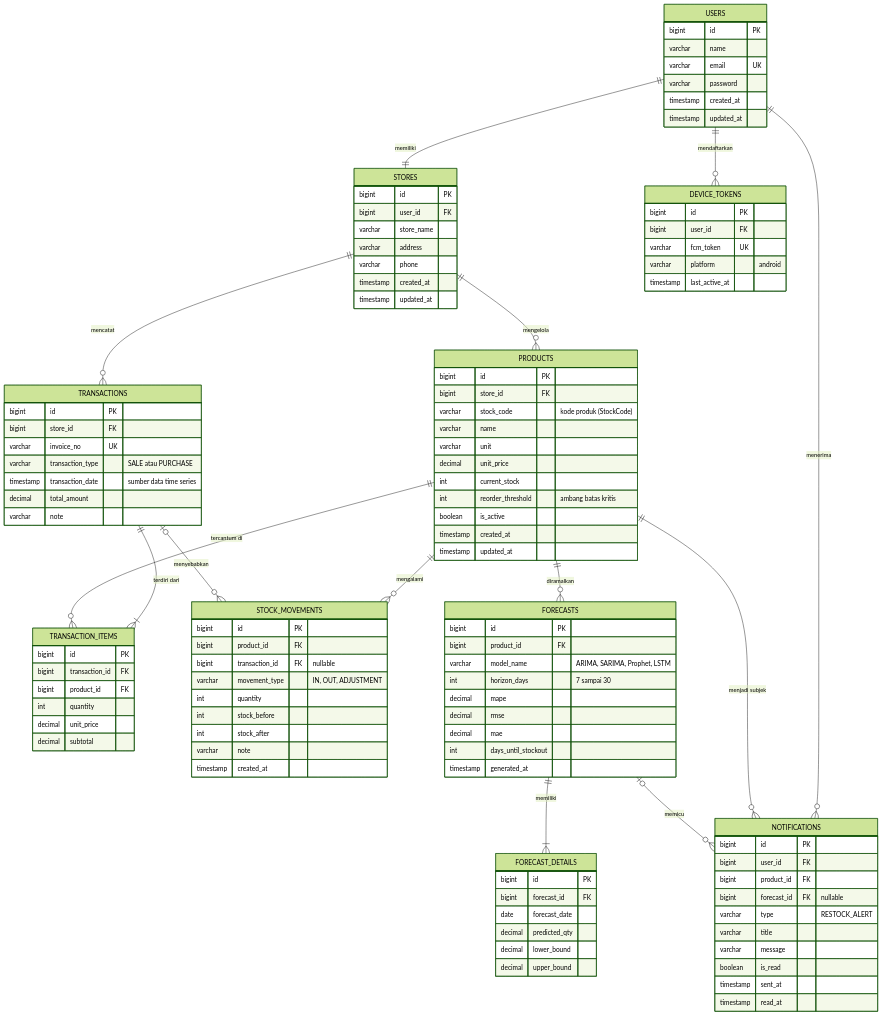
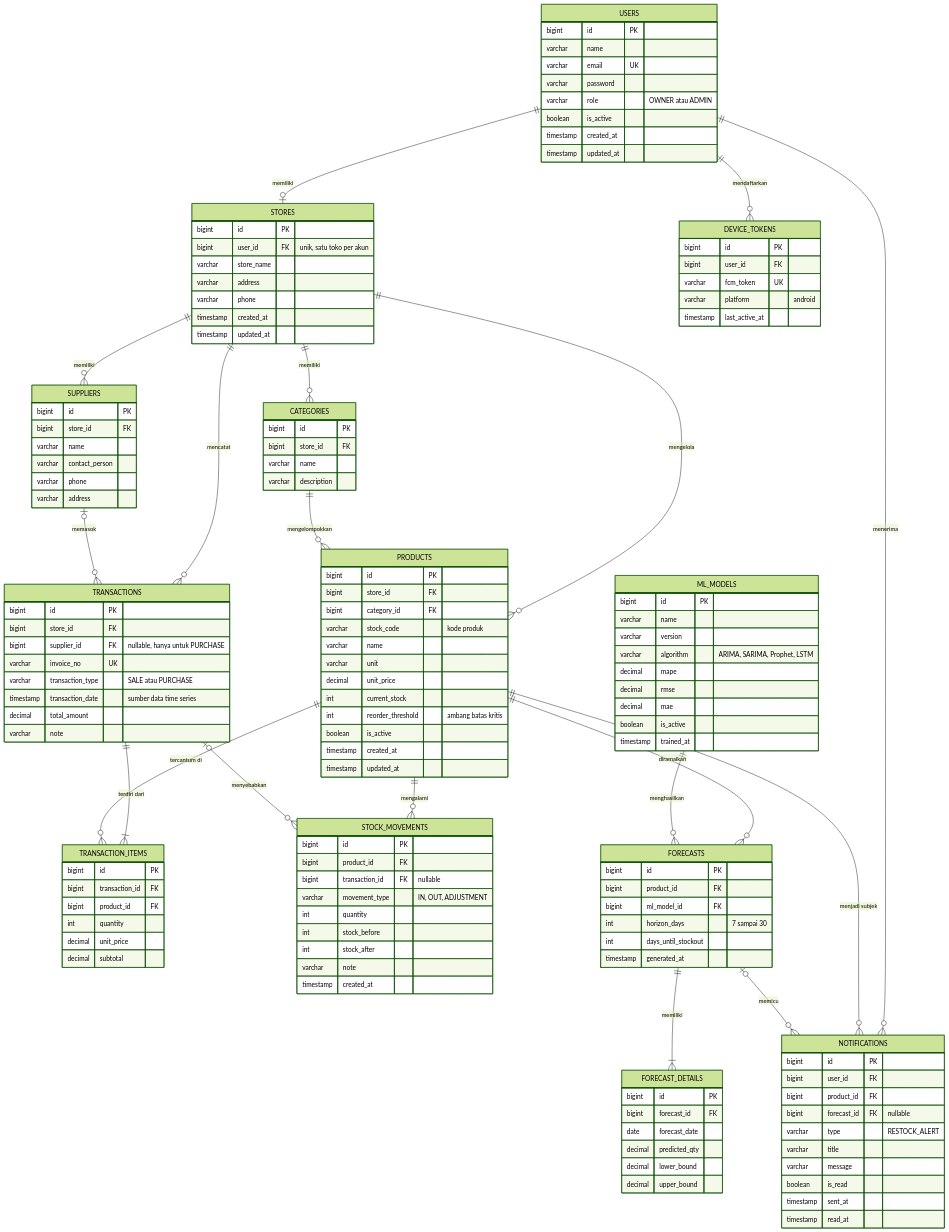
One commit to Olyvian/UMKM_SIGHT changed the second of 14 diagrams in README.md. Above: the diagram before and after it, drawn with Mermaid (forest theme). The commit also changed other lines of this file, not shown here.

````diff
--- a/README.md
+++ b/README.md
@@ -104,15 +180,20 @@
 ```mermaid
 erDiagram
-    USERS ||--|| STORES : "memiliki"
+    USERS ||--o| STORES : "memiliki"
     USERS ||--o{ DEVICE_TOKENS : "mendaftarkan"
     USERS ||--o{ NOTIFICATIONS : "menerima"
+    STORES ||--o{ CATEGORIES : "memiliki"
+    STORES ||--o{ SUPPLIERS : "memiliki"
     STORES ||--o{ PRODUCTS : "mengelola"
     STORES ||--o{ TRANSACTIONS : "mencatat"
+    CATEGORIES ||--o{ PRODUCTS : "mengelompokkan"
+    SUPPLIERS |o--o{ TRANSACTIONS : "memasok"
     TRANSACTIONS ||--|{ TRANSACTION_ITEMS : "terdiri dari"
     PRODUCTS ||--o{ TRANSACTION_ITEMS : "tercantum di"
     PRODUCTS ||--o{ STOCK_MOVEMENTS : "mengalami"
     TRANSACTIONS |o--o{ STOCK_MOVEMENTS : "menyebabkan"
     PRODUCTS ||--o{ FORECASTS : "diramalkan"
+    ML_MODELS ||--o{ FORECASTS : "menghasilkan"
     FORECASTS ||--|{ FORECAST_DETAILS : "memiliki"
     PRODUCTS ||--o{ NOTIFICATIONS : "menjadi subjek"
     FORECASTS |o--o{ NOTIFICATIONS : "memicu"
@@ -122,13 +203,15 @@
         varchar name
         varchar email UK
         varchar password
+        varchar role "OWNER atau ADMIN"
+        boolean is_active
         timestamp created_at
         timestamp updated_at
     }
 
     STORES {
         bigint id PK
-        bigint user_id FK
+        bigint user_id FK "unik, satu toko per akun"
         varchar store_name
         varchar address
         varchar phone
@@ -144,10 +227,27 @@
         timestamp last_active_at
     }
 
+    CATEGORIES {
+        bigint id PK
+        bigint store_id FK
+        varchar name
+        varchar description
+    }
+
+    SUPPLIERS {
+        bigint id PK
+        bigint store_id FK
+        varchar name
+        varchar contact_person
+        varchar phone
+        varchar address
+    }
+
     PRODUCTS {
         bigint id PK
         bigint store_id FK
-        varchar stock_code "kode produk (StockCode)"
+        bigint category_id FK
+        varchar stock_code "kode produk"
         varchar name
         varchar unit
         decimal unit_price
@@ -161,6 +261,7 @@
     TRANSACTIONS {
         bigint id PK
         bigint store_id FK
+        bigint supplier_id FK "nullable, hanya untuk PURCHASE"
         varchar invoice_no UK
         varchar transaction_type "SALE atau PURCHASE"
         timestamp transaction_date "sumber data time series"
@@ -189,14 +290,23 @@
         timestamp created_at
     }
 
+    ML_MODELS {
+        bigint id PK
+        varchar name
+        varchar version
+        varchar algorithm "ARIMA, SARIMA, Prophet, LSTM"
+        decimal mape
+        decimal rmse
+        decimal mae
+        boolean is_active
+        timestamp trained_at
+    }
+
     FORECASTS {
         bigint id PK
         bigint product_id FK
-        varchar model_name "ARIMA, SARIMA, Prophet, LSTM"
+        bigint ml_model_id FK
         int horizon_days "7 sampai 30"
-        decimal mape
-        decimal rmse
-        decimal mae
         int days_until_stockout
         timestamp generated_at
     }
````
